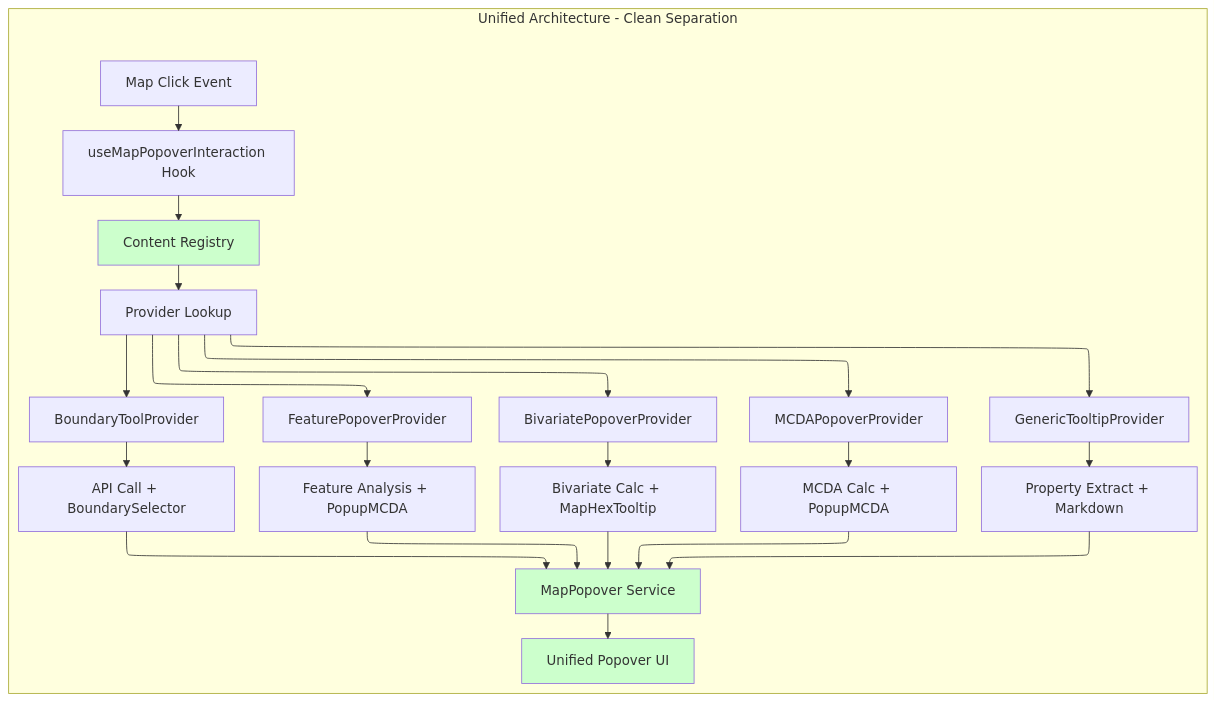
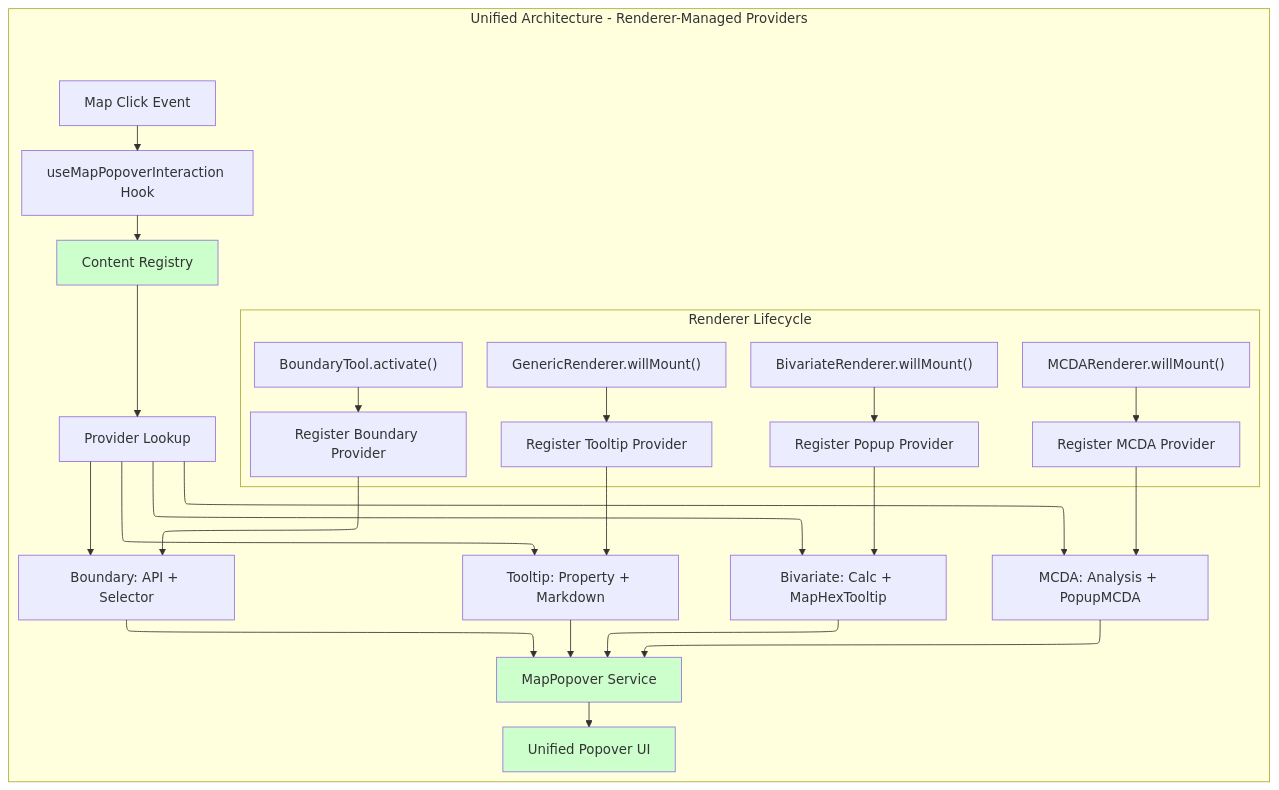
One commit to konturio/disaster-ninja-fe changed the second of 2 diagrams in docs/architecture/ADR-001-MapPopover-Migration-Architecture.md. Above: the diagram before and after it, drawn with Mermaid. The commit also changed other lines of this file and 3 other files, not shown here.

Commit message:
MapPopoverContentRegistry

````diff
--- a/docs/architecture/ADR-001-MapPopover-Migration-Architecture.md
+++ b/docs/architecture/ADR-001-MapPopover-Migration-Architecture.md
@@ -74,36 +74,40 @@
 ```mermaid
 ---
 config:
   layout: elk
 ---
 graph TD
-    subgraph "Unified Architecture - Clean Separation"
+    subgraph "Unified Architecture - Renderer-Managed Providers"
         A["Map Click Event"] --> B["useMapPopoverInteraction Hook"]
         B --> C["Content Registry"]
         C --> D["Provider Lookup"]
 
-        D --> E["FeaturePopoverProvider"]
-        D --> F["BivariatePopoverProvider"]
-        D --> G["MCDAPopoverProvider"]
-        D --> H["GenericTooltipProvider"]
-        D --> I["BoundaryToolProvider"]
+        subgraph "Renderer Lifecycle"
+            E["GenericRenderer.willMount()"] --> E1["Register Tooltip Provider"]
+            F["BivariateRenderer.willMount()"] --> F1["Register Popup Provider"]
+            G["MCDARenderer.willMount()"] --> G1["Register MCDA Provider"]
+            H["BoundaryTool.activate()"] --> H1["Register Boundary Provider"]
+        end
 
-        E --> J["Feature Analysis + PopupMCDA"]
-        F --> K["Bivariate Calc + MapHexTooltip"]
-        G --> L["MCDA Calc + PopupMCDA"]
-        H --> M["Property Extract + Markdown"]
-        I --> N["API Call + BoundarySelector"]
+        E1 --> I["Tooltip: Property + Markdown"]
+        F1 --> J["Bivariate: Calc + MapHexTooltip"]
+        G1 --> K["MCDA: Analysis + PopupMCDA"]
+        H1 --> L["Boundary: API + Selector"]
 
-        J --> O["MapPopover Service"]
-        K --> O
-        L --> O
-        M --> O
-        N --> O
+        D --> I
+        D --> J
+        D --> K
+        D --> L
 
-        O --> P["Unified Popover UI"]
+        I --> M["MapPopover Service"]
+        J --> M
+        K --> M
+        L --> M
+
+        M --> N["Unified Popover UI"]
 
         style C fill:#ccffcc
-        style O fill:#ccffcc
-        style P fill:#ccffcc
+        style M fill:#ccffcc
+        style N fill:#ccffcc
     end
 ```
````
